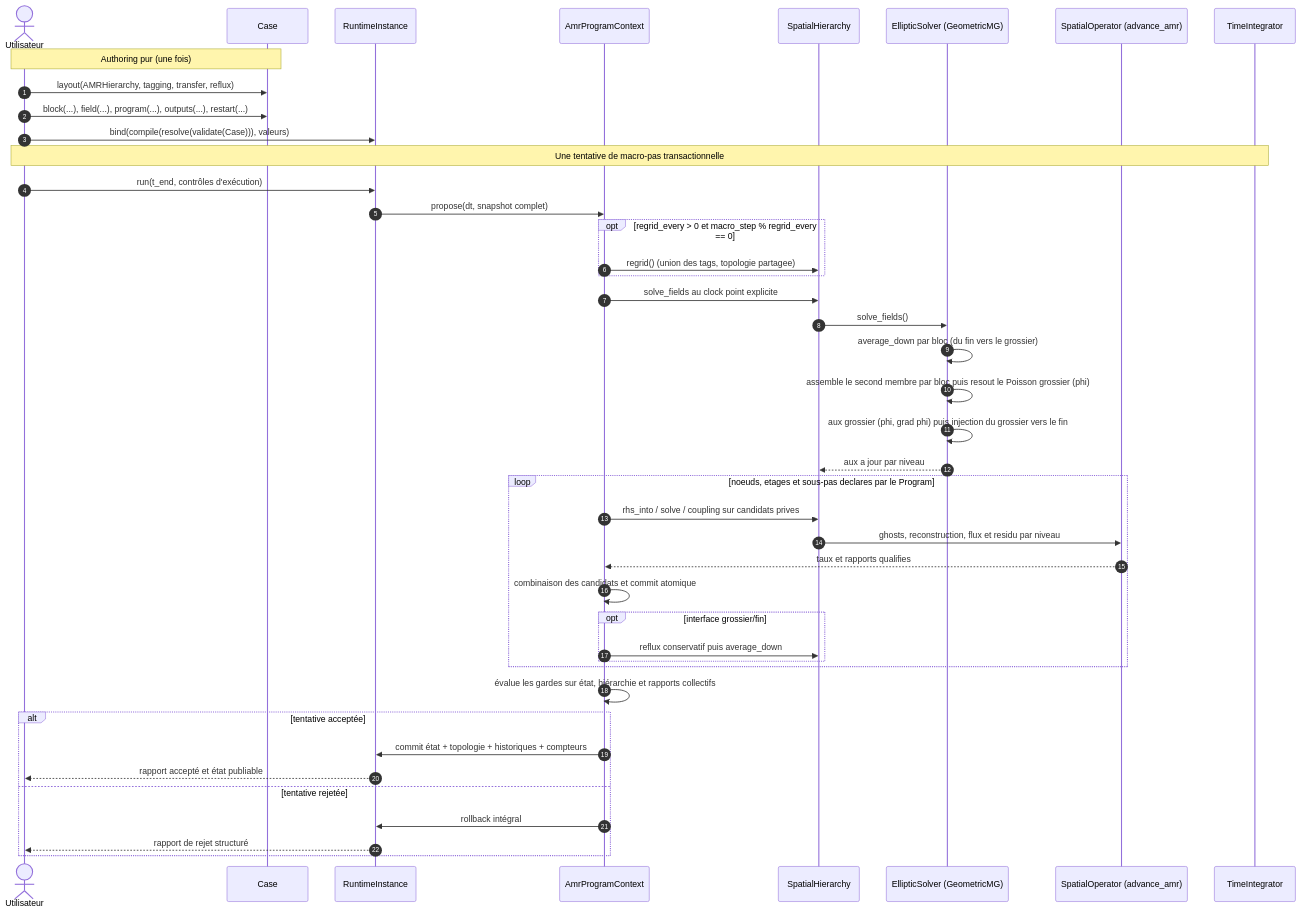
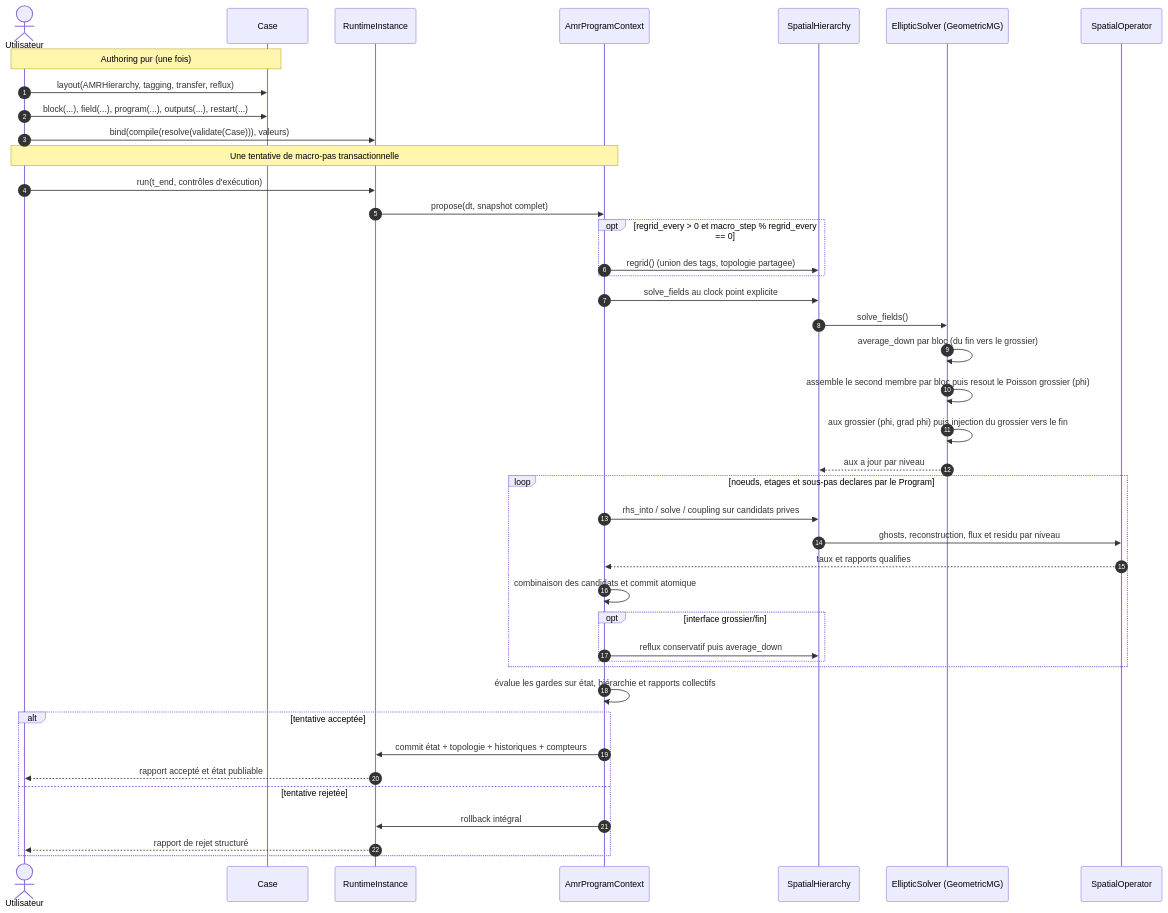
The fourth of 4 diagrams in docs/ARCHITECTURE.md (wolf75222/PoPS), drawn with Mermaid before and after one commit. The commit also changed other lines of this file and 126 other files, not shown here.

Commit message:
Complete Program-only AMR cadence and restart contracts

````diff
--- a/docs/ARCHITECTURE.md
+++ b/docs/ARCHITECTURE.md
@@ -522,49 +527,49 @@
 ```mermaid
 sequenceDiagram
     autonumber
     actor Utilisateur
     participant Case
     participant Runtime as RuntimeInstance
     participant Program as AmrProgramContext
     participant AmrRuntime as SpatialHierarchy
     participant EllipticSolver as EllipticSolver (GeometricMG)
-    participant SpatialOperator as SpatialOperator (advance_amr)
+    participant SpatialOperator as SpatialOperator
 
     Note over Utilisateur,Case: Authoring pur (une fois)
     Utilisateur->>Case: layout(AMRHierarchy, tagging, transfer, reflux)
     Utilisateur->>Case: block(...), field(...), program(...), outputs(...), restart(...)
     Utilisateur->>Runtime: bind(compile(resolve(validate(Case))), valeurs)
 
-    Note over Utilisateur,TimeIntegrator: Une tentative de macro-pas transactionnelle
+    Note over Utilisateur,Program: Une tentative de macro-pas transactionnelle
     Utilisateur->>Runtime: run(t_end, contrôles d'exécution)
     Runtime->>Program: propose(dt, snapshot complet)
 
     opt regrid_every > 0 et macro_step % regrid_every == 0
         Program->>AmrRuntime: regrid() (union des tags, topologie partagee)
     end
 
     Program->>AmrRuntime: solve_fields au clock point explicite
     AmrRuntime->>EllipticSolver: solve_fields()
     EllipticSolver->>EllipticSolver: average_down par bloc (du fin vers le grossier)
     EllipticSolver->>EllipticSolver: assemble le second membre par bloc puis resout le Poisson grossier (phi)
     EllipticSolver->>EllipticSolver: aux grossier (phi, grad phi) puis injection du grossier vers le fin
     EllipticSolver-->>AmrRuntime: aux a jour par niveau
 
     loop noeuds, etages et sous-pas declares par le Program
         Program->>AmrRuntime: rhs_into / solve / coupling sur candidats prives
         AmrRuntime->>SpatialOperator: ghosts, reconstruction, flux et residu par niveau
         SpatialOperator-->>Program: taux et rapports qualifies
         Program->>Program: combinaison des candidats et commit atomique
         opt interface grossier/fin
             Program->>AmrRuntime: reflux conservatif puis average_down
         end
     end
     Program->>Program: évalue les gardes sur état, hiérarchie et rapports collectifs
     alt tentative acceptée
         Program->>Runtime: commit état + topologie + historiques + compteurs
         Runtime-->>Utilisateur: rapport accepté et état publiable
     else tentative rejetée
         Program->>Runtime: rollback intégral
         Runtime-->>Utilisateur: rapport de rejet structuré
     end
 ```
````
